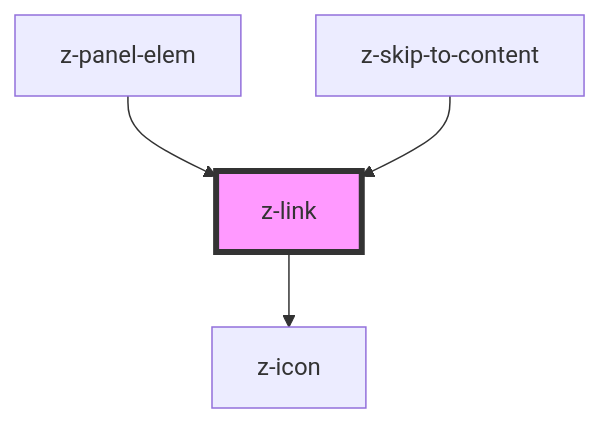
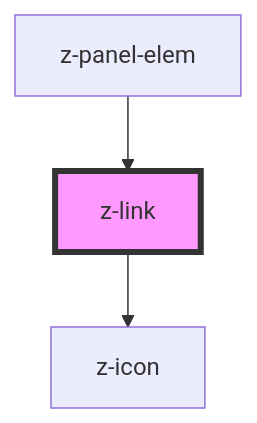
One commit to ZanichelliEditore/design-system changed the diagram in src/deprecated/z-link/readme.md. Above: the diagram before and after it, drawn with Mermaid. The commit also changed other lines of this file and 2 other files, not shown here.

Commit message:
chore: update storybook z-book-card with new z-link

````diff
--- a/src/deprecated/z-link/readme.md
+++ b/src/deprecated/z-link/readme.md
@@ -60,7 +59,6 @@
 ```mermaid
 graph TD;
   z-link --> z-icon
   z-panel-elem --> z-link
-  z-skip-to-content --> z-link
   style z-link fill:#f9f,stroke:#333,stroke-width:4px
 ```
````
